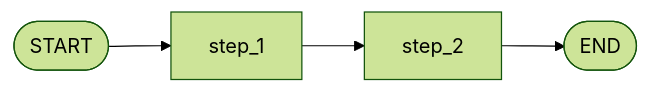
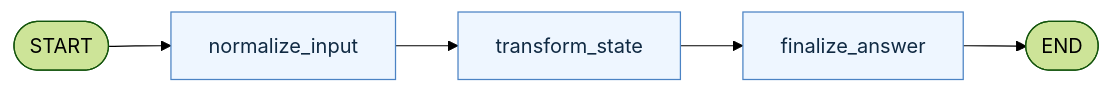
The first of 2 diagrams in docs/agent-patterns/patterns/01-basic-state-graph.md (heecheon92/langgraph-playground), drawn with Mermaid (forest theme) before and after one commit. The commit also changed other lines of this file and 24 other files, not shown here.

````diff
--- a/docs/agent-patterns/patterns/01-basic-state-graph.md
+++ b/docs/agent-patterns/patterns/01-basic-state-graph.md
@@ -34,6 +35,10 @@
 ```mermaid
 flowchart LR
-    Start([START]) --> Step1[step_1]
-    Step1 --> Step2[step_2]
-    Step2 --> End([END])
+    Start([START]) --> Normalize[normalize_input]
+    Normalize --> Transform[transform_state]
+    Transform --> Finalize[finalize_answer]
+    Finalize --> End([END])
+
+    classDef state fill:#eef6ff,stroke:#4b83c4,color:#102a43
+    class Normalize,Transform,Finalize state
 ```
````
